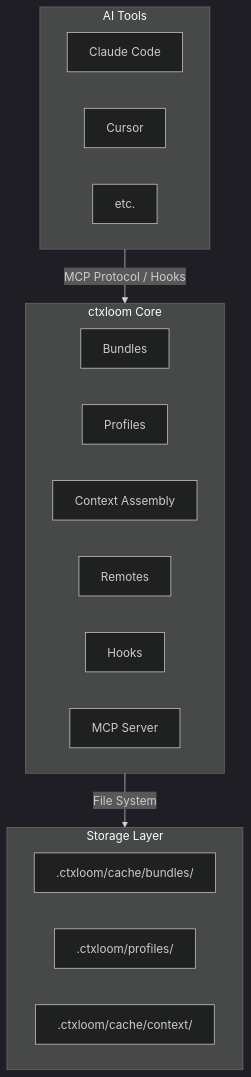
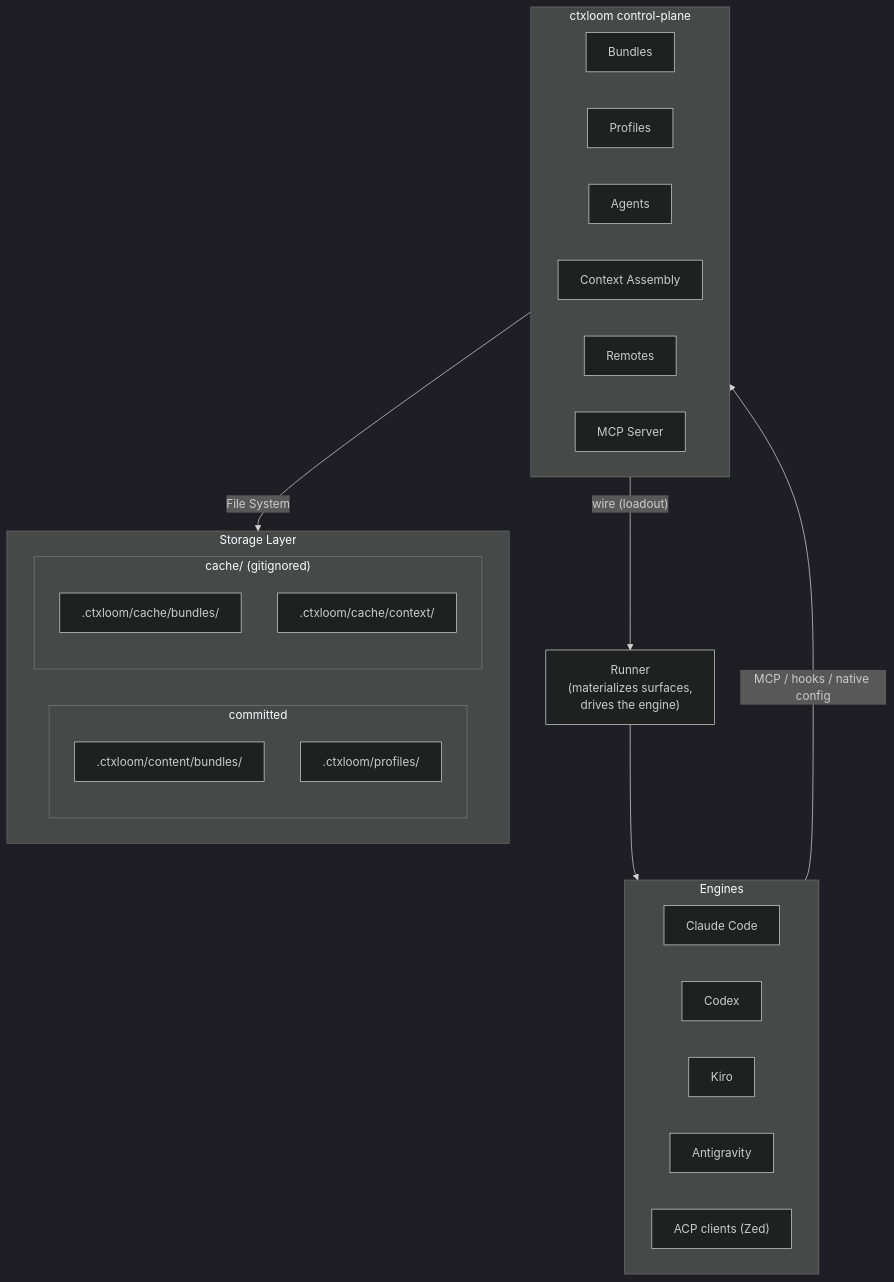
Before and after one commit to ctxloom/ctxloom: the fifth of 5 diagrams in website/src/content/docs/concepts/architecture.md, drawn with Mermaid (dark theme). The commit also changed other lines of this file and 324 other files, not shown here.

````diff
--- a/website/src/content/docs/concepts/architecture.md
+++ b/website/src/content/docs/concepts/architecture.md
@@ -276,30 +459,42 @@
 ```mermaid
 flowchart TB
-    subgraph AI["AI Tools"]
+    subgraph Engines["Engines"]
         direction LR
         claude["Claude Code"]
-        cursor["Cursor"]
-        etc["etc."]
+        codex["Codex"]
+        kiro["Kiro"]
+        agy["Antigravity"]
+        acp["ACP clients (Zed)"]
     end
 
-    AI -->|"MCP Protocol / Hooks"| Core
+    Engines -->|"MCP / hooks / native config"| Core
 
-    subgraph Core["ctxloom Core"]
+    subgraph Core["ctxloom control-plane"]
         direction LR
         bundles["Bundles"]
         profiles["Profiles"]
+        agents["Agents"]
         assembly["Context Assembly"]
         remotes["Remotes"]
-        hooks["Hooks"]
         mcp["MCP Server"]
     end
+
+    Core -->|"wire (loadout)"| Runner["Runner<br/>(materializes surfaces,<br/>drives the engine)"]
+    Runner --> Engines
 
     Core -->|"File System"| Storage
 
     subgraph Storage["Storage Layer"]
         direction LR
-        sbundles[".ctxloom/cache/bundles/"]
-        sprofiles[".ctxloom/profiles/"]
-        scontext[".ctxloom/cache/context/"]
+        subgraph StorageCommitted["committed"]
+            direction TB
+            sbundles[".ctxloom/content/bundles/"]
+            sprofiles[".ctxloom/profiles/"]
+        end
+        subgraph StorageCache["cache/ (gitignored)"]
+            direction TB
+            scachebundles[".ctxloom/cache/bundles/"]
+            scontext[".ctxloom/cache/context/"]
+        end
     end
 ```
````
